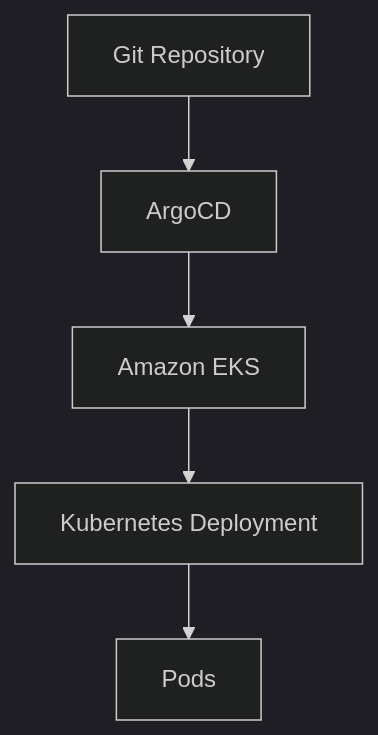
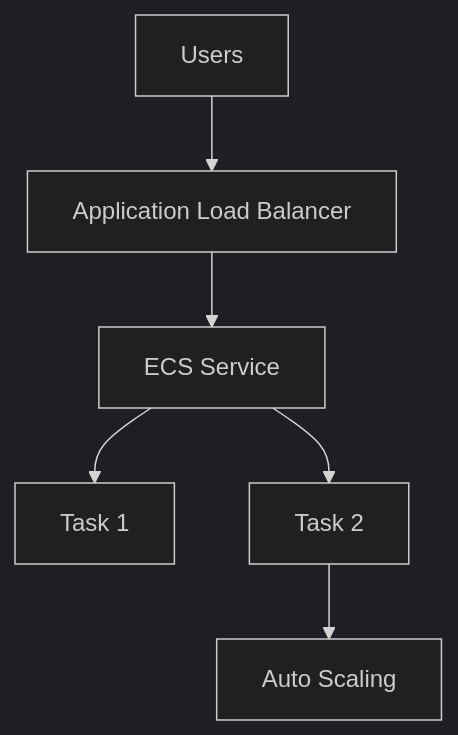
Before and after one commit to wandytorres/aws-cloud-journey: the first of 5 diagrams in README.md, drawn with Mermaid (dark theme). The commit also changed other lines of this file, not shown here.

````diff
--- a/README.md
+++ b/README.md
@@ -11,7 +25,8 @@
 ```mermaid
 flowchart TD
-    A[Git Repository] --> B[ArgoCD]
-    B --> C[Amazon EKS]
-    C --> D[Kubernetes Deployment]
-    D --> E[Pods]
+    A[Users] --> B[Application Load Balancer]
+    B --> C[ECS Service]
+    C --> D[Task 1]
+    C --> E[Task 2]
+    E --> F[Auto Scaling]
 ```
````
